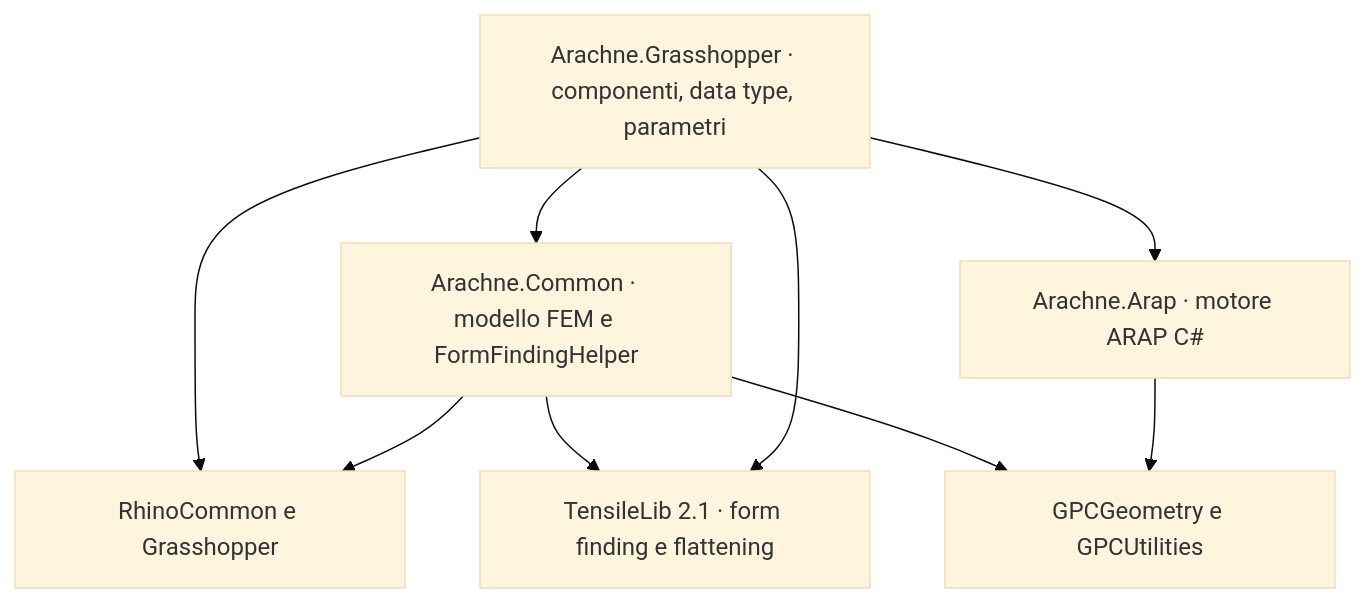
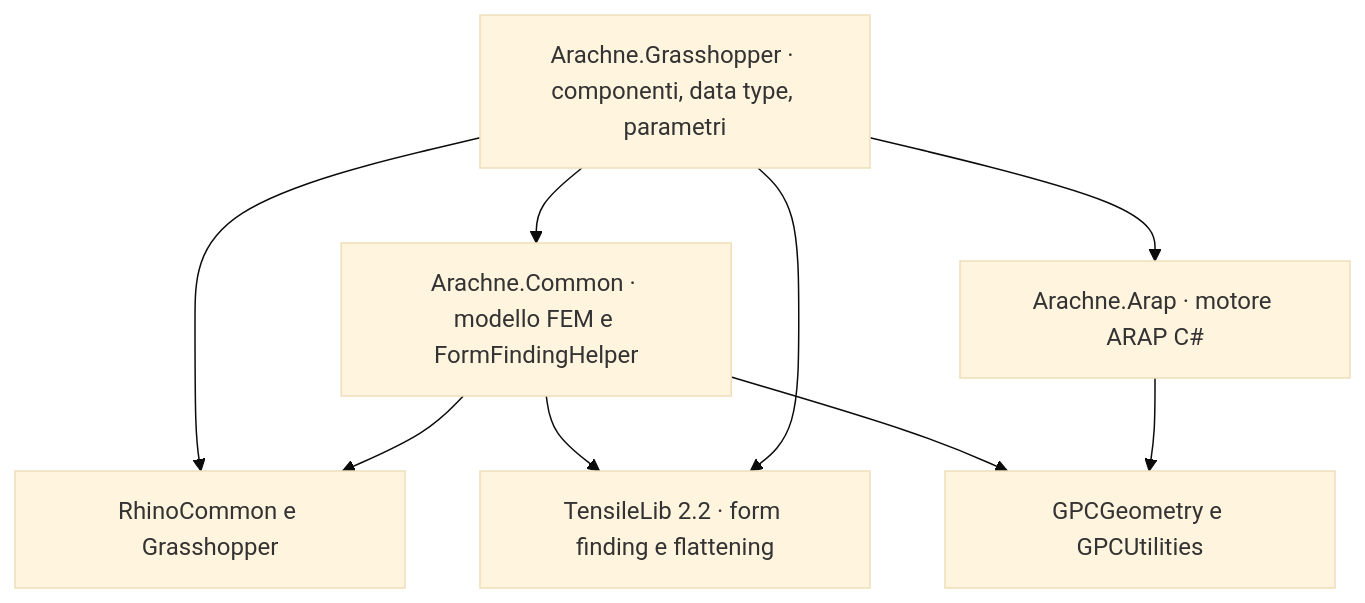
The diagram in docs/ARCHITECTURE.md (ITEC-GPA/Arachne), drawn with Mermaid (base theme) before and after one commit. The commit also changed other lines of this file and 9 other files, not shown here.

First line of the commit message:
Use TensileLib 2.2 and drop the form finding workarounds

````diff
--- a/docs/ARCHITECTURE.md
+++ b/docs/ARCHITECTURE.md
@@ -3,11 +3,11 @@
 ```mermaid
 flowchart TD
   GH[Arachne.Grasshopper · componenti, data type, parametri] --> COMMON[Arachne.Common · modello FEM e FormFindingHelper]
   GH --> ARAP[Arachne.Arap · motore ARAP C#]
   GH --> RHINO[RhinoCommon e Grasshopper]
   COMMON --> RHINO
-  COMMON --> TL[TensileLib 2.1 · form finding e flattening]
+  COMMON --> TL[TensileLib 2.2 · form finding e flattening]
   COMMON --> GPC[GPCGeometry e GPCUtilities]
   GH --> TL
   ARAP --> GPC
 ```
````
